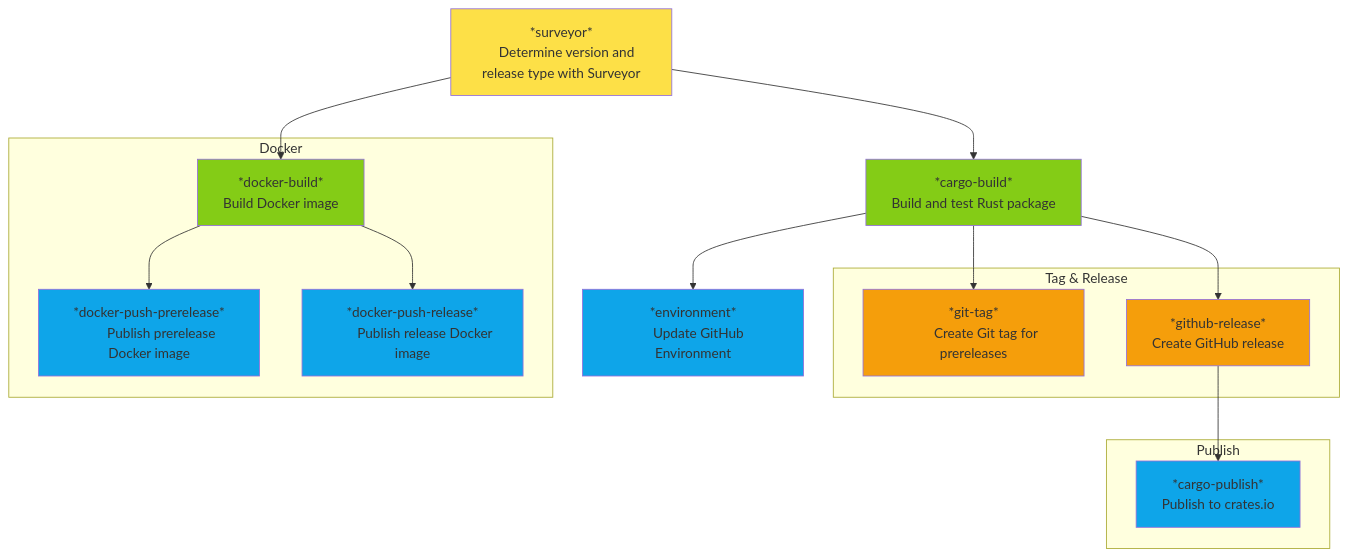
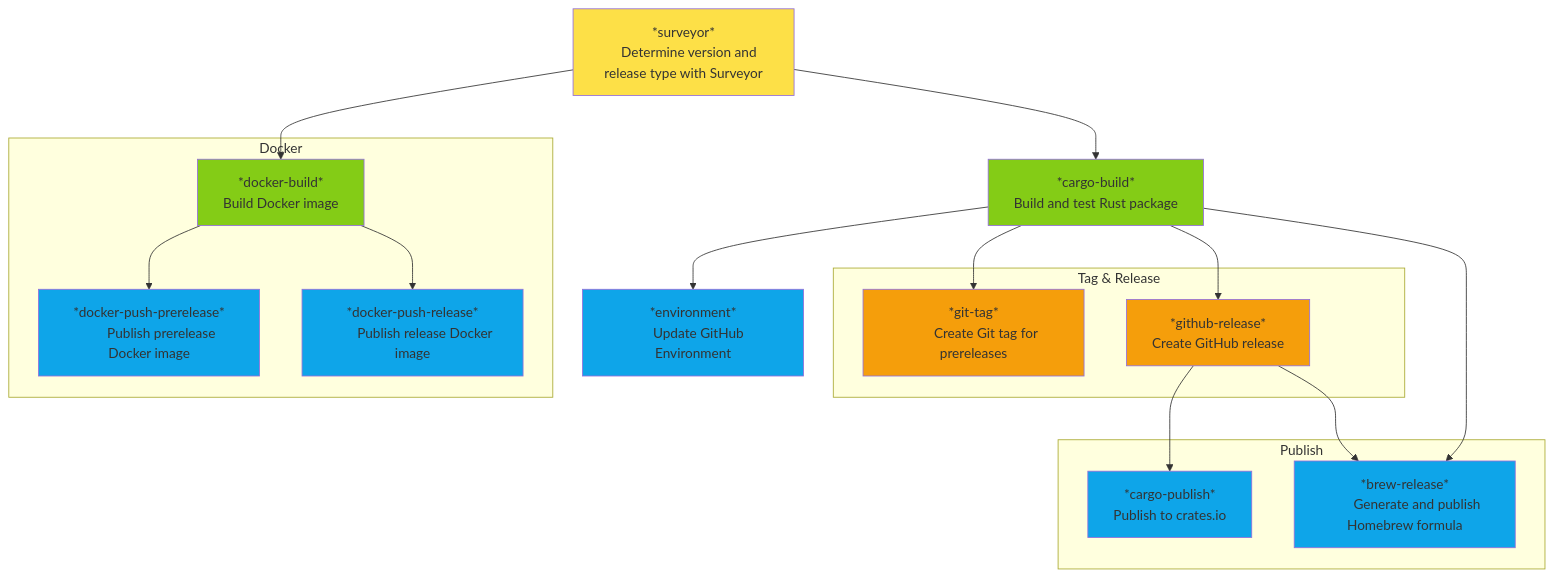
One commit to StudioLE/Actions changed the fourth of 4 diagrams in README.md. Above: the diagram before and after it, drawn with Mermaid.

Commit message:
docs: Add `brew-release` to mermaid diagrams in `README.md`

````diff
--- a/README.md
+++ b/README.md
@@ -187,51 +187,55 @@
 ```mermaid
 flowchart TD
     surveyor[*surveyor*
     Determine version and release type with Surveyor]:::SURVEYOR
 
     cargo-build[*cargo-build*
     Build and test Rust package]:::BUILD
 
     subgraph TAG[Tag & Release]
         git-tag[*git-tag*
         Create Git tag for prereleases]:::RELEASE
         github-release[*github-release*
         Create GitHub release]:::RELEASE
     end
 
     subgraph PUBLISH[Publish]
         cargo-publish[*cargo-publish*
         Publish to crates.io]:::PUSH
+        brew-release[*brew-release*
+        Generate and publish Homebrew formula]:::PUSH
     end
 
     subgraph DOCKER[Docker]
         docker-build[*docker-build*
         Build Docker image]:::BUILD
         docker-push-prerelease[*docker-push-prerelease*
         Publish prerelease Docker image]:::PUSH
         docker-push-release[*docker-push-release*
         Publish release Docker image]:::PUSH
     end
 
     environment[*environment*
     Update GitHub Environment]:::PUSH
 
     %% Main workflow connections
     surveyor --> cargo-build
 
     cargo-build --> git-tag
     cargo-build --> github-release
     cargo-build --> environment
 
     github-release --> cargo-publish
+    github-release --> brew-release
+    cargo-build --> brew-release
 
     surveyor --> docker-build
     docker-build --> docker-push-prerelease
     docker-build --> docker-push-release
 
     %% Styling with Tailwind colors
     classDef SURVEYOR fill:#fde047
     classDef BUILD fill:#84cc16
     classDef RELEASE fill:#f59e0b
     classDef PUSH fill:#0ea5e9
 ```
````
